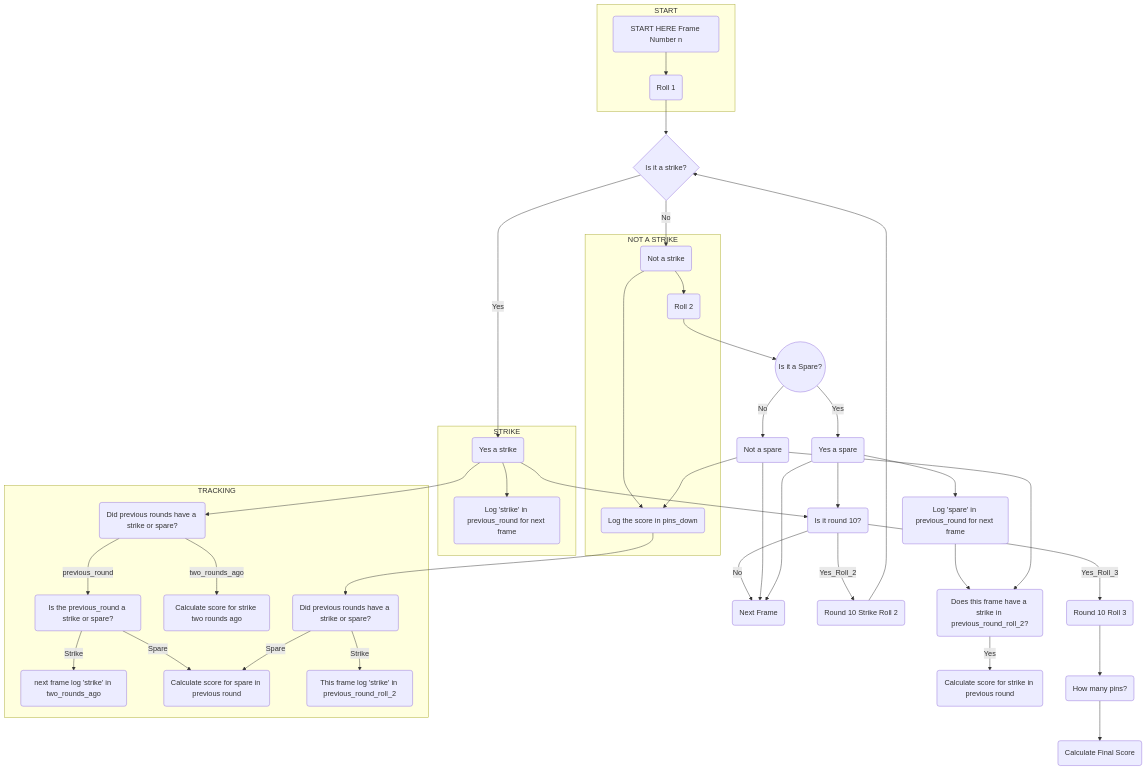
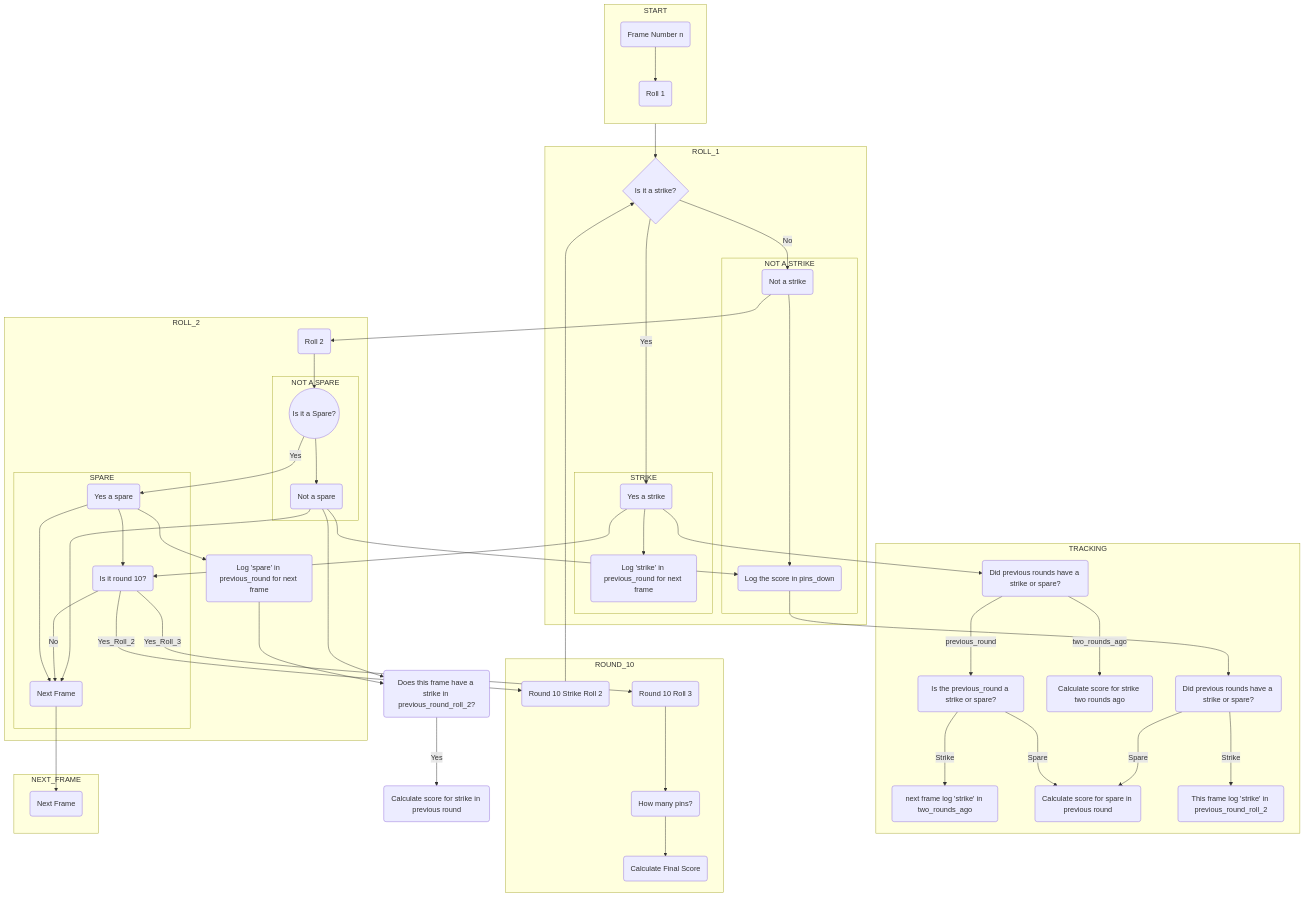
One commit to gawainhewitt/bowling-challenge-ruby changed the diagram in README.md. Above: the diagram before and after it, drawn with Mermaid.

Commit message:
further changes to format of diagram

````diff
--- a/README.md
+++ b/README.md
@@ -11,7 +11,7 @@
 ```mermaid
 
 flowchart TD
-    A(START HERE Frame Number n)
+    A(Frame Number n)
     C{Is it a strike?}
     D(Log 'strike' in previous_round for next frame)
     E(Did previous rounds have a strike or spare?)
@@ -38,14 +38,36 @@
     AA(Round 10 Roll 3)
     BA(Calculate Final Score)
     CA(How many pins?)
+    DA(Next Frame)
 
-    subgraph STRIKE
-        S --> D
+    subgraph START
+        direction TB
+        A --> M
     end
-    subgraph NOT A STRIKE
+    subgraph ROLL_1
+        C -->|Yes| S
+        C -->|No| T
+        subgraph STRIKE
+            S --> D
+        end
+        subgraph NOT A STRIKE
+            T --> J
+        end
+    end
+    subgraph ROLL_2
         T --> N
-        T --> J
+        N --> I
+        I -->|Yes|R
+        R --> K
+        subgraph SPARE
+            R --> Q
+            R --> Y
+        end
+        subgraph NOT A SPARE
+            I --> P
+        end
     end
+    
     subgraph TRACKING
         S --> E
         E -->|previous_round| F
@@ -56,37 +78,31 @@
         V -->|Spare|H
         V -->|Strike|W
     end
-    subgraph START
-        A --> M
+    subgraph ROUND_10
+        Y -->|Yes_Roll_3| AA
+        Y -->|Yes_Roll_2| Z
+        Z --> C
+        Y -->|No| Q
+        AA --> CA
+        CA --> BA
     end
-    
-    N --> I
-    M --> C
-    C -->|Yes| S
-    S --> Y
-    Y -->|Yes_Roll_3| AA
-    Y -->|Yes_Roll_2| Z
-    Z --> C
-    Y -->|No| Q
+    subgraph NEXT_FRAME
+        Q --> DA
+    end
     
     
     
-    C -->|No| T
-    I -->|No| P
-    P --> J
-    P --> Q
-    I -->|Yes|R
-    R --> K
-    K --> L
-    L -->|Yes|X
-    R --> Q
+    M --> C
+    
+    S --> Y
     
     
     
-    AA --> CA
-    CA --> BA
-    R --> Y
+    P --> J
+    P --> Q
+    K --> L
+    L -->|Yes|X
+    
     P --> L
 
-
 ```
````
